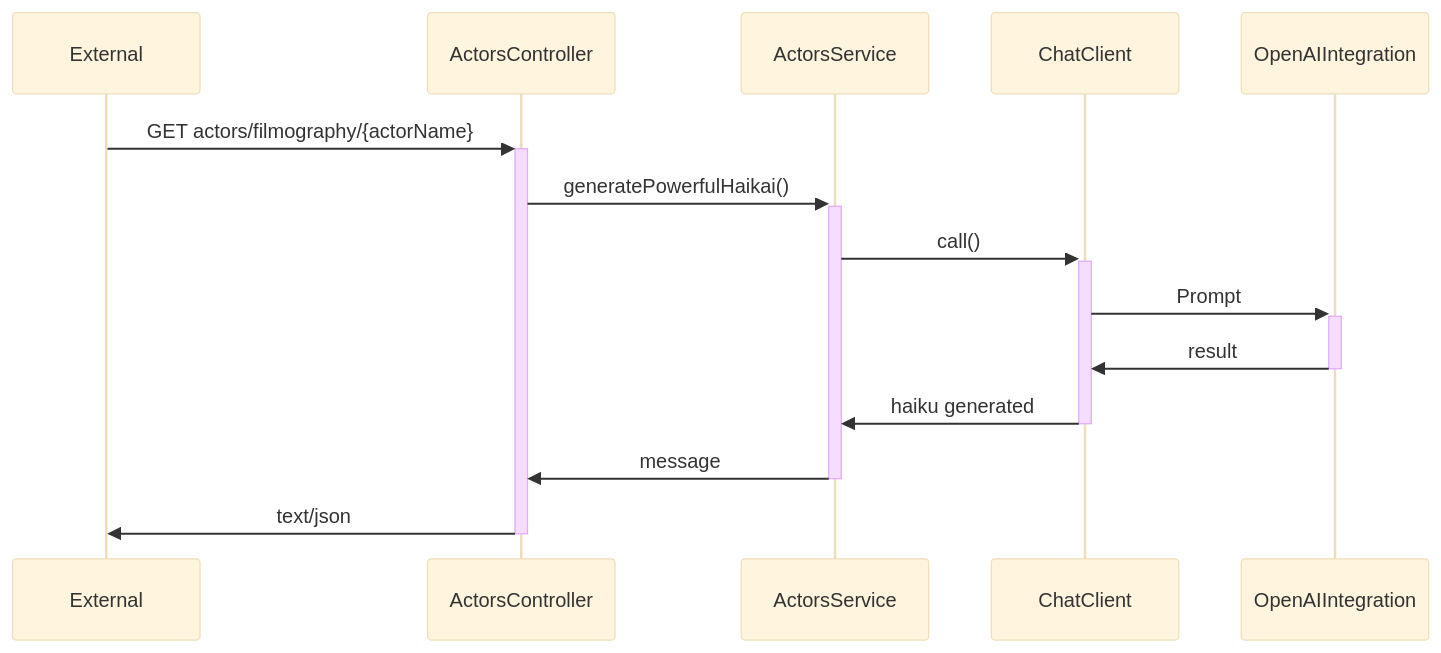
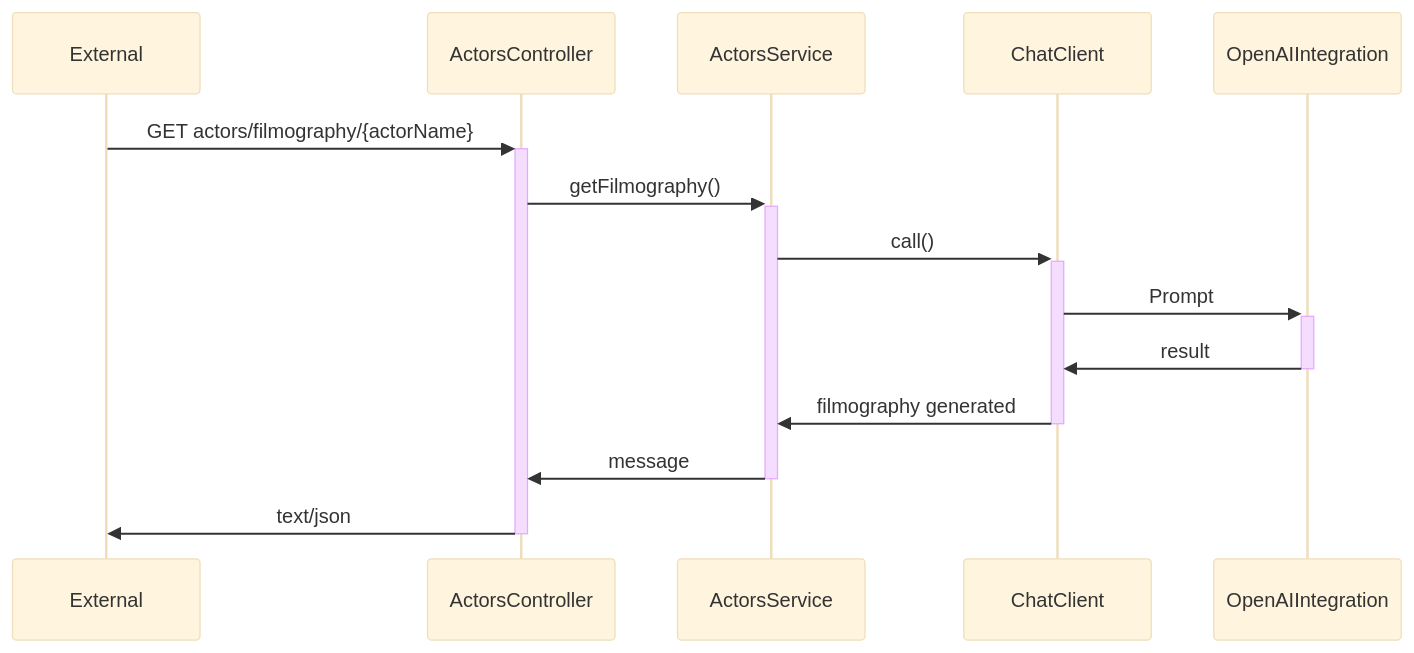
Before and after one commit to ortolanph/haikAI: the fifth of 5 diagrams in article/article.md, drawn with Mermaid (base theme). The commit also changed other lines of this file and 8 other files, not shown here.

Commit message:
changes to the article and adding diagram pictures

````diff
--- a/article/article.md
+++ b/article/article.md
@@ -332,11 +332,11 @@
 ```mermaid
 sequenceDiagram
     External ->>+ ActorsController: GET actors/filmography/{actorName}
-    ActorsController ->>+ ActorsService: generatePowerfulHaikai()
+    ActorsController ->>+ ActorsService: getFilmography()
     ActorsService ->>+ ChatClient: call()
     ChatClient ->>+ OpenAIIntegration: Prompt
     OpenAIIntegration ->>- ChatClient: result
-    ChatClient ->>- ActorsService: haiku generated
+    ChatClient ->>- ActorsService: filmography generated
     ActorsService ->>- ActorsController: message
     ActorsController ->>- External: text/json
 ```
````
